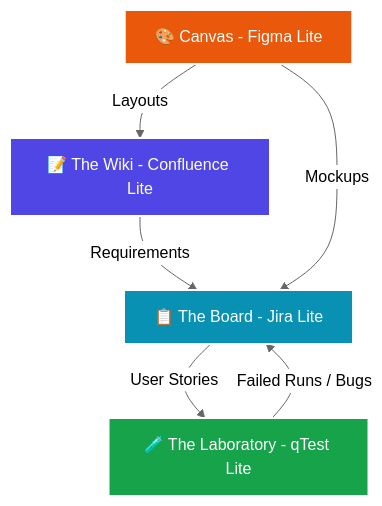
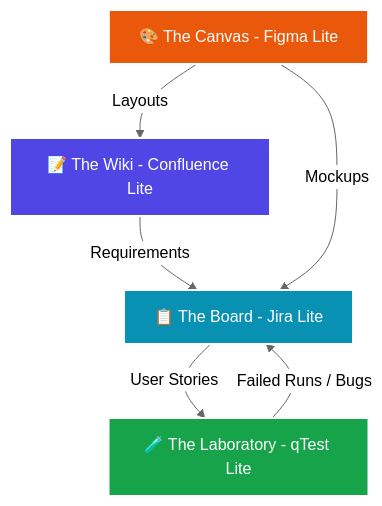
Before and after one commit to gr1mm4g3v2/monolith: the diagram in README.md, drawn with Mermaid (neutral theme). The commit also changed other lines of this file and 5 other files, not shown here.

Commit message:
* Updated module nomenclature to official names: *The Wiki*, *The Canvas*, *The Board*, and *The Laboratory*.

````diff
--- a/README.md
+++ b/README.md
@@ -13,13 +13,13 @@
 ```mermaid
 graph TD
     Wiki[📝 The Wiki - Confluence Lite] -->|Requirements| Board[📋 The Board - Jira Lite]
     Board -->|User Stories| Tests[🧪 The Laboratory - qTest Lite]
-    Canvas[🎨 Canvas - Figma Lite] -->|Mockups| Board
+    Canvas[🎨 The Canvas - Figma Lite] -->|Mockups| Board
     Canvas -->|Layouts| Wiki
     Tests -->|Failed Runs / Bugs| Board
     
     style Wiki fill:#4F46E5,stroke:#fff,stroke-width:2px,color:#fff
     style Board fill:#0891B2,stroke:#fff,stroke-width:2px,color:#fff
     style Canvas fill:#EA580C,stroke:#fff,stroke-width:2px,color:#fff
     style Tests fill:#16A34A,stroke:#fff,stroke-width:2px,color:#fff
 ```
````
